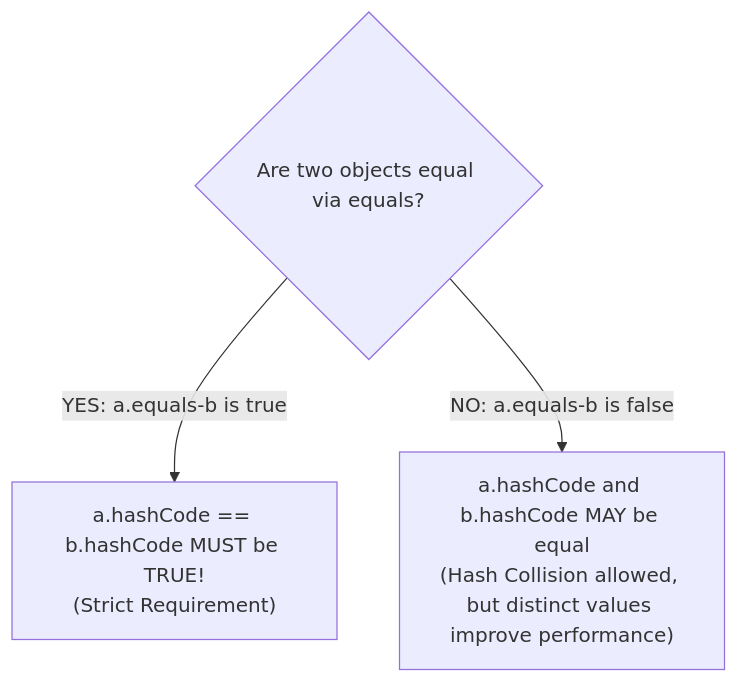
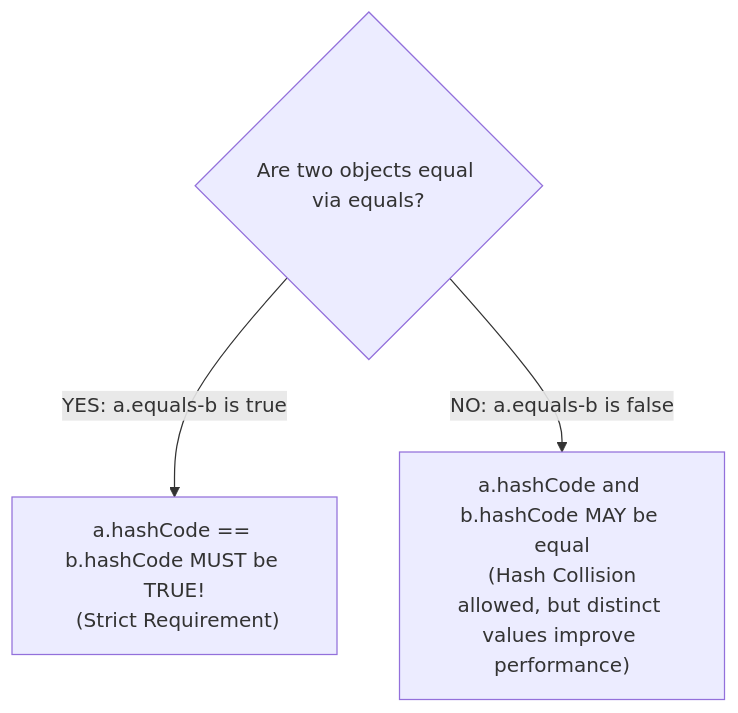
Before and after one commit to pploc/swe-icon-the-moment: the diagram in content/questions/language/java/java-equals-hashcode-contract.md, drawn with Mermaid. The commit also changed 95 other files, not shown here.

Commit message:
fix: update the practice mode diagram bug not display

````diff
--- a/content/questions/language/java/java-equals-hashcode-contract.md
+++ b/content/questions/language/java/java-equals-hashcode-contract.md
@@ -19,8 +19,9 @@
 ```mermaid
 flowchart TD
     ContractCheck{"Are two objects equal via equals?"}
-    ContractCheck -->|YES: a.equals-b is true| MustBeEqual["a.hashCode == b.hashCode MUST be TRUE!\n(Strict Requirement)"]
-    ContractCheck -->|NO: a.equals-b is false| HashCollision["a.hashCode and b.hashCode MAY be equal\n(Hash Collision allowed, but distinct values improve performance)"]
+    ContractCheck -->|YES: a.equals-b is true| MustBeEqual["a.hashCode == b.hashCode MUST be TRUE!\n (Strict Requirement)"]
+    ContractCheck -->|NO: a.equals-b is false| HashCollision["a.hashCode and b.hashCode MAY be equal\n (Hash Collision allowed, but distinct values improve performance)"]
+
 
 
 ```
````
